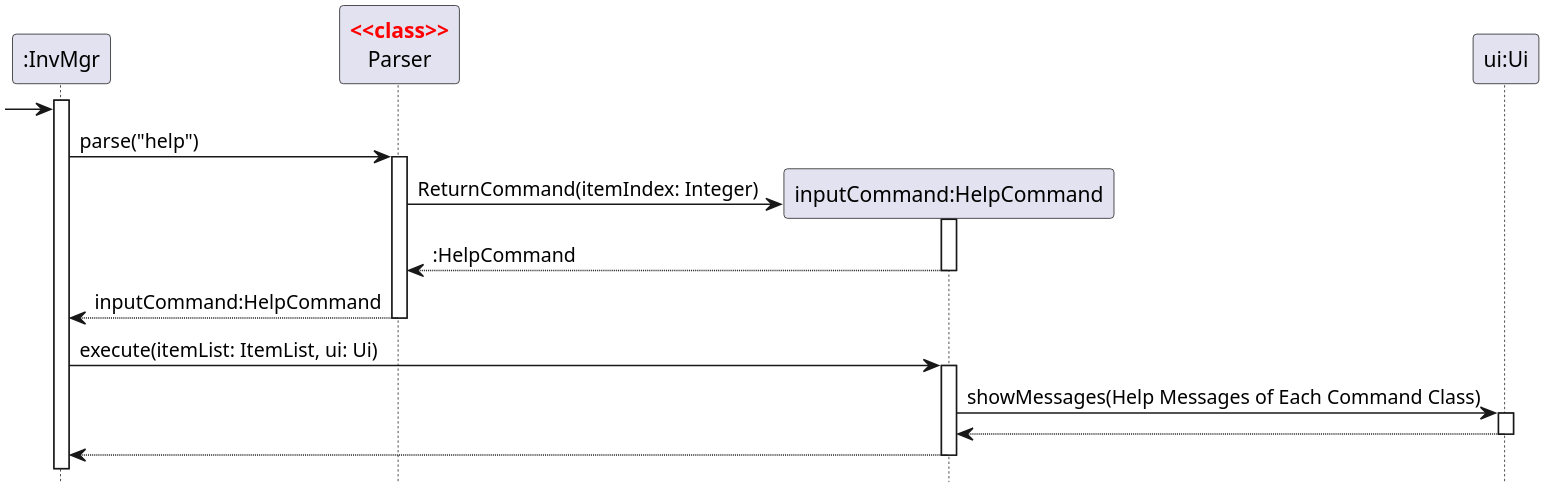
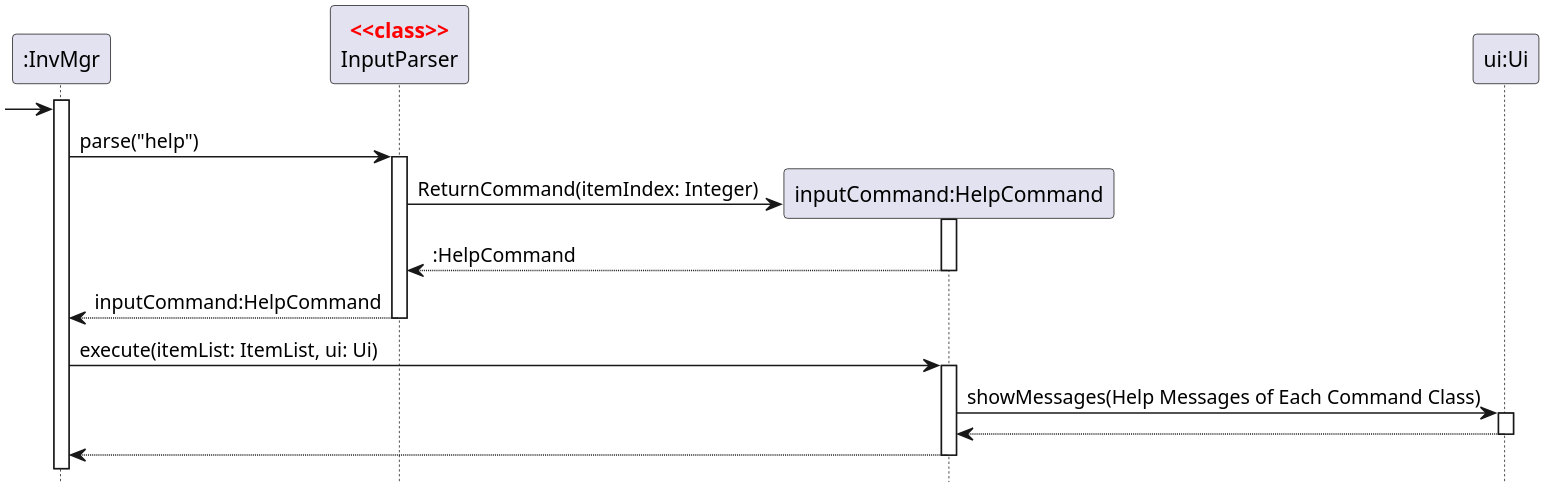
One commit to nus-cs2113-AY2122S2/tp changed the diagram in docs/diagrams/HelpCommandSequenceDiagram.puml. Above: the diagram before and after it, drawn with PlantUML. The commit also changed 5 other files, not shown here.

Commit message:
Updates DG with new sequence diagrams and description for LostCommand and ReturnCommand and HelpCommand

```diff
--- a/docs/diagrams/HelpCommandSequenceDiagram.puml
+++ b/docs/diagrams/HelpCommandSequenceDiagram.puml
@@ -1,36 +1,36 @@
 @startuml
 'https://plantuml.com/sequence-diagram
 hide footbox
 
 skinparam dpi 300
 skinparam guillemet false
 skinparam sequenceStereotypeFontColor red
 skinparam sequenceStereotypeFontStyle bold
 
 Participant ":InvMgr" as invmgr
-Participant "Parser" as parser <<class>>
+Participant "InputParser" as parser <<class>>
 Participant "inputCommand:HelpCommand" as cmd
 Participant "ui:Ui" as ui
 
 activate invmgr
 
 -> invmgr
 invmgr -> parser:parse("help")
 activate parser
 
 create cmd
 parser -> cmd:ReturnCommand(itemIndex: Integer)
 activate cmd
 return :HelpCommand
 
 return inputCommand:HelpCommand
 
 invmgr -> cmd:execute(itemList: ItemList, ui: Ui)
 activate cmd
 
 cmd -> ui:showMessages(Help Messages of Each Command Class)
 activate ui
 return
 
 return
 @enduml
```
